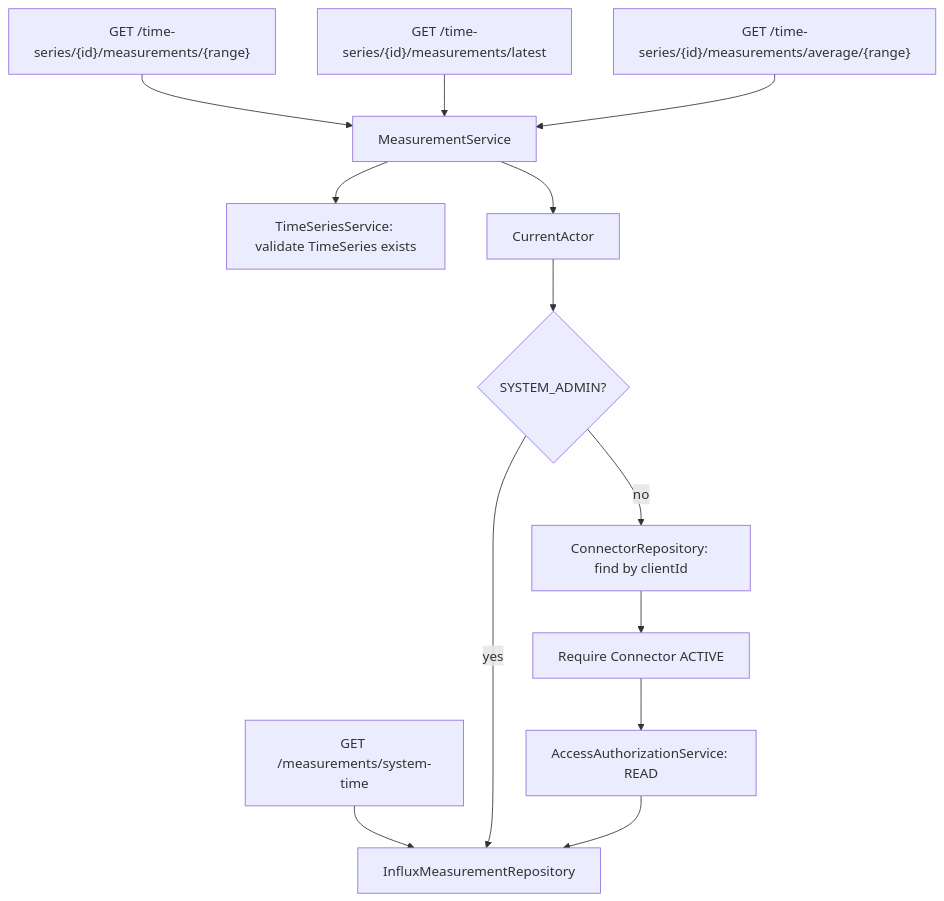
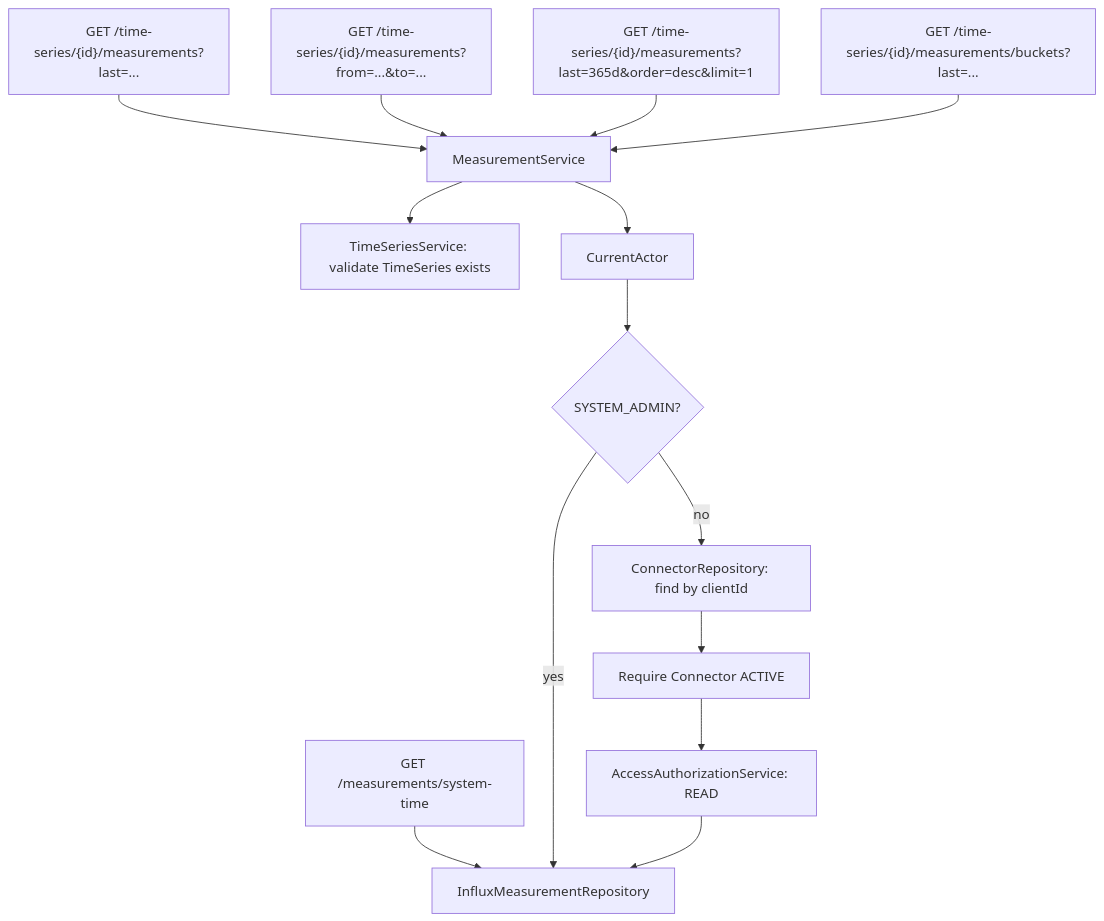
One commit to viadonau/pegelhub changed the fifth of 5 diagrams in docs/architecture/pegelhub-domain-model.md. Above: the diagram before and after it, drawn with Mermaid. The commit also changed other lines of this file and 4 other files, not shown here.

````diff
--- a/docs/architecture/pegelhub-domain-model.md
+++ b/docs/architecture/pegelhub-domain-model.md
@@ -201,16 +193,17 @@
 ```mermaid
 flowchart TD
-    A["GET /time-series/{id}/measurements/{range}"] --> MS[MeasurementService]
-    B["GET /time-series/{id}/measurements/latest"] --> MS
-    C["GET /time-series/{id}/measurements/average/{range}"] --> MS
+    A["GET /time-series/{id}/measurements?last=..."] --> MS[MeasurementService]
+    B["GET /time-series/{id}/measurements?from=...&to=..."] --> MS
+    C["GET /time-series/{id}/measurements?last=365d&order=desc&limit=1"] --> MS
+    E["GET /time-series/{id}/measurements/buckets?last=..."] --> MS
     D["GET /measurements/system-time"] --> MR[InfluxMeasurementRepository]
 
     MS --> TS["TimeSeriesService: validate TimeSeries exists"]
     MS --> Actor["CurrentActor"]
     Actor --> Admin{SYSTEM_ADMIN?}
     Admin -->|yes| MR
     Admin -->|no| ConnectorLookup["ConnectorRepository: find by clientId"]
     ConnectorLookup --> Active["Require Connector ACTIVE"]
     Active --> Auth["AccessAuthorizationService: READ"]
     Auth --> MR
 ```
````
